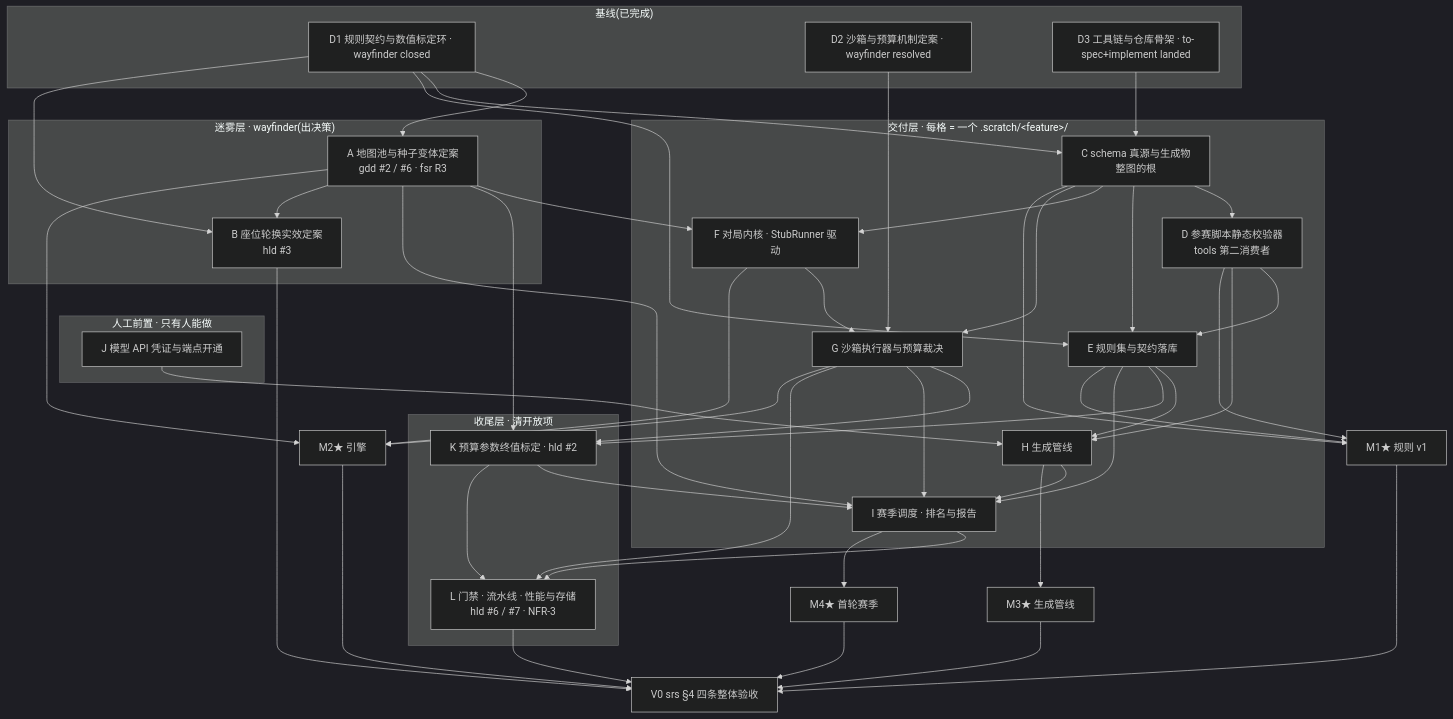
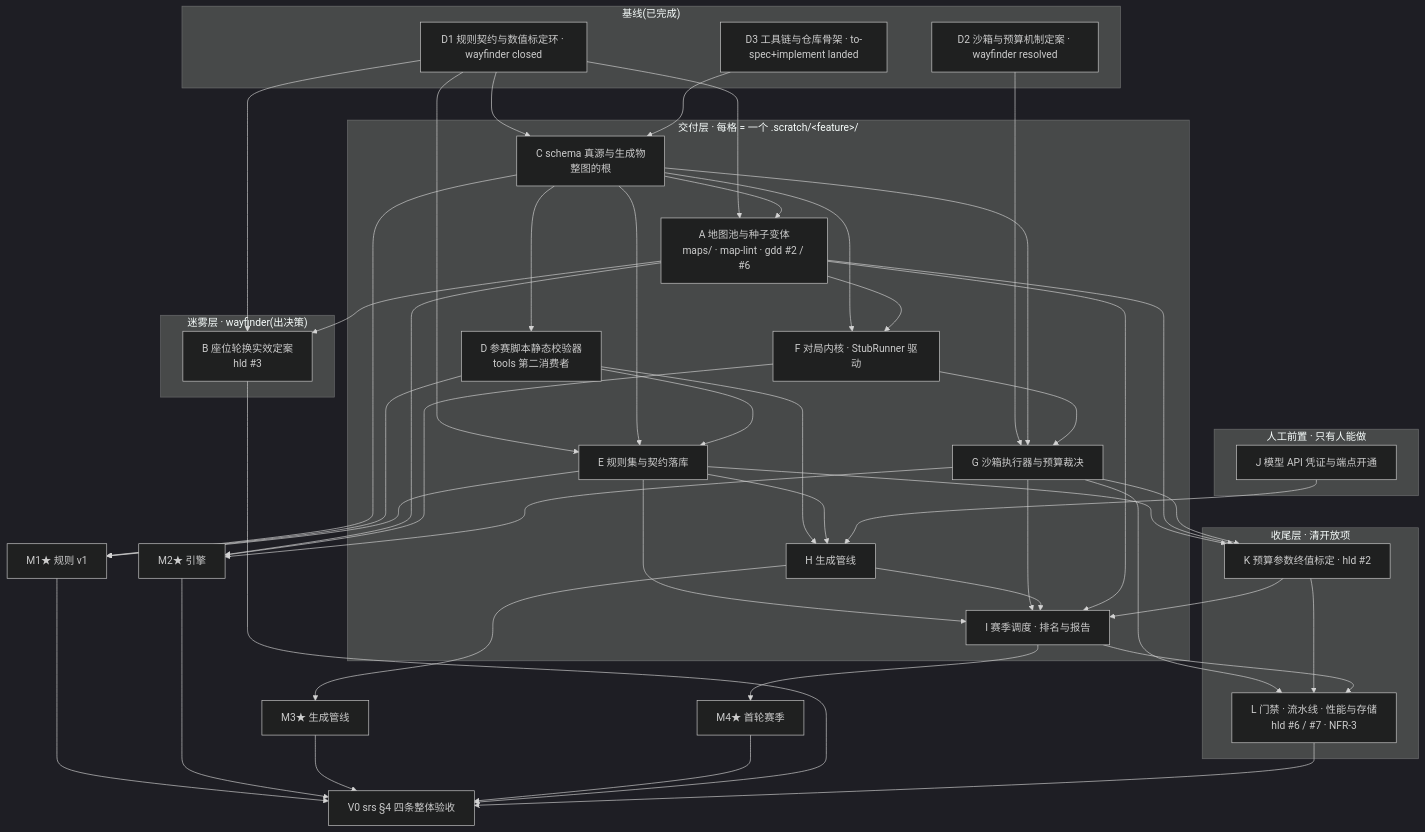
Before and after one commit to orionpax1997/model-war: the diagram in docs/diagrams/v0-milestone-dag.md, drawn with Mermaid (dark theme). The commit also changed other lines of this file and 3 other files, not shown here.

```diff
--- a/docs/diagrams/v0-milestone-dag.md
+++ b/docs/diagrams/v0-milestone-dag.md
@@ -45,7 +47,6 @@
   end
 
   subgraph fog["迷雾层 · wayfinder(出决策)"]
-    A["A 地图池与种子变体定案<br/>gdd #2 / #6 · fsr R3"]
     B["B 座位轮换实效定案<br/>hld #3"]
   end
 
@@ -55,6 +56,7 @@
 
   subgraph build["交付层 · 每格 = 一个 .scratch/&lt;feature&gt;/"]
     C["C schema 真源与生成物<br/>整图的根"]
+    A["A 地图池与种子变体<br/>maps/ · map-lint · gdd #2 / #6"]
     D["D 参赛脚本静态校验器<br/>tools 第二消费者"]
     E["E 规则集与契约落库"]
     F["F 对局内核 · StubRunner 驱动"]
@@ -77,6 +79,7 @@
   D1 --> A
   D1 --> C
   D3 --> C
+  C --> A
   D1 --> E
   D1 --> B
   C --> D
```
